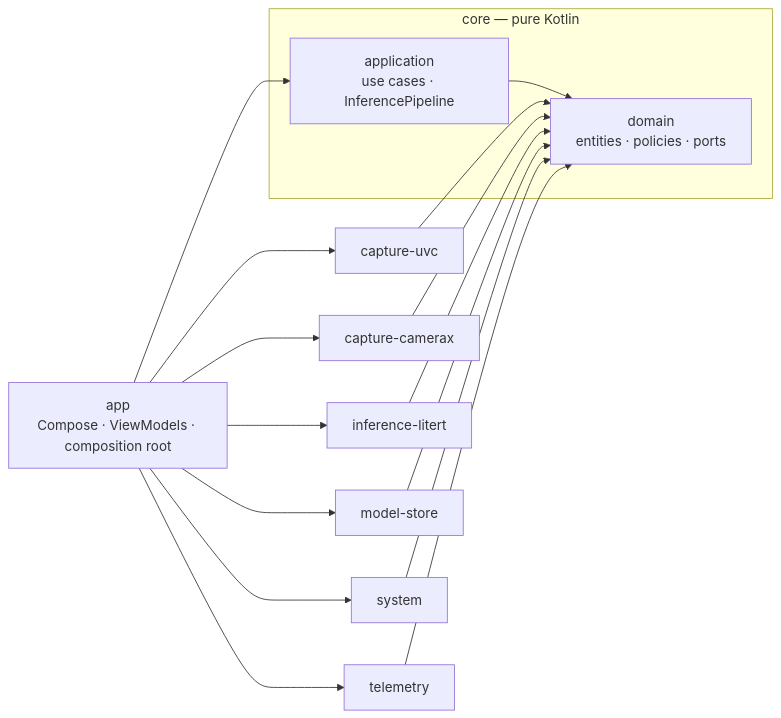
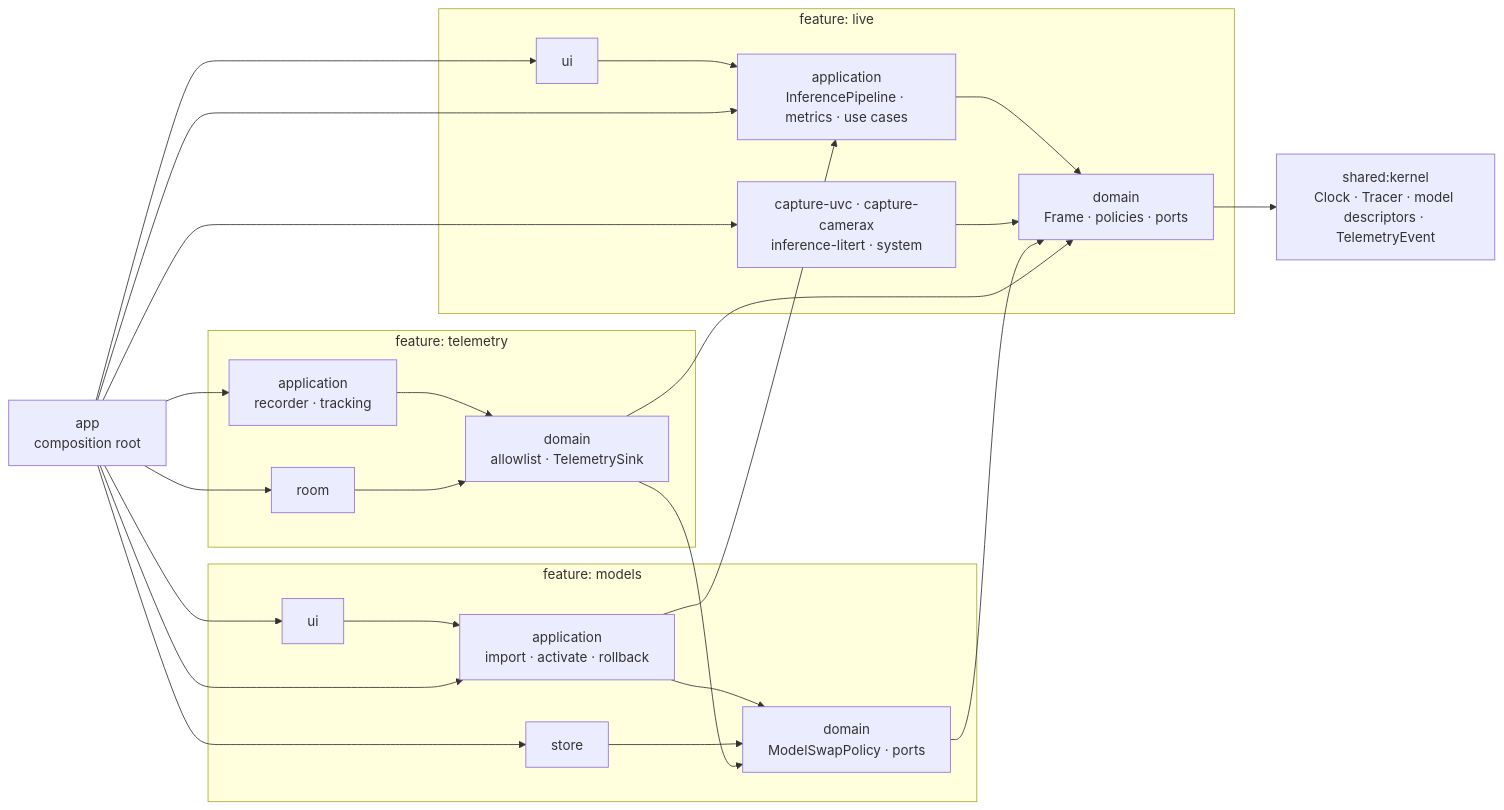
The diagram in docs/architecture.md (Rileyjrjohns/framelock), drawn with Mermaid before and after one commit. The commit also changed other lines of this file and 9 other files, not shown here.

Commit message:
docs: describe the feature-first layout in architecture.md, ADR-006, ADR-014 and traceability

````diff
--- a/docs/architecture.md
+++ b/docs/architecture.md
@@ -17,16 +18,34 @@
 ```mermaid
 flowchart LR
-  subgraph core [core — pure Kotlin]
-    D[domain<br/>entities · policies · ports]
-    A[application<br/>use cases · InferencePipeline]
-    A --> D
+  K[shared:kernel<br/>Clock · Tracer · model descriptors · TelemetryEvent]
+  subgraph live [feature: live]
+    LD[domain<br/>Frame · policies · ports]
+    LA[application<br/>InferencePipeline · metrics · use cases]
+    LAD[capture-uvc · capture-camerax<br/>inference-litert · system]
+    LUI[ui]
+    LA --> LD
+    LAD --> LD
+    LUI --> LA
   end
-  UVC[capture-uvc] --> D
-  CX[capture-camerax] --> D
-  LR[inference-litert] --> D
-  MS[model-store] --> D
-  SYS[system] --> D
-  TEL[telemetry] --> D
-  APP[app<br/>Compose · ViewModels · composition root] --> A
-  APP --> UVC & CX & LR & MS & SYS & TEL
+  subgraph models [feature: models]
+    MD[domain<br/>ModelSwapPolicy · ports]
+    MA[application<br/>import · activate · rollback]
+    MS[store]
+    MUI[ui]
+    MA --> MD
+    MS --> MD
+    MUI --> MA
+  end
+  subgraph telemetry [feature: telemetry]
+    TD[domain<br/>allowlist · TelemetrySink]
+    TA[application<br/>recorder · tracking]
+    TR[room]
+    TA --> TD
+    TR --> TD
+  end
+  LD --> K
+  MD --> LD
+  MA --> LA
+  TD --> LD & MD
+  APP[app<br/>composition root] --> LA & LAD & LUI & MA & MS & MUI & TA & TR
 ```
````
